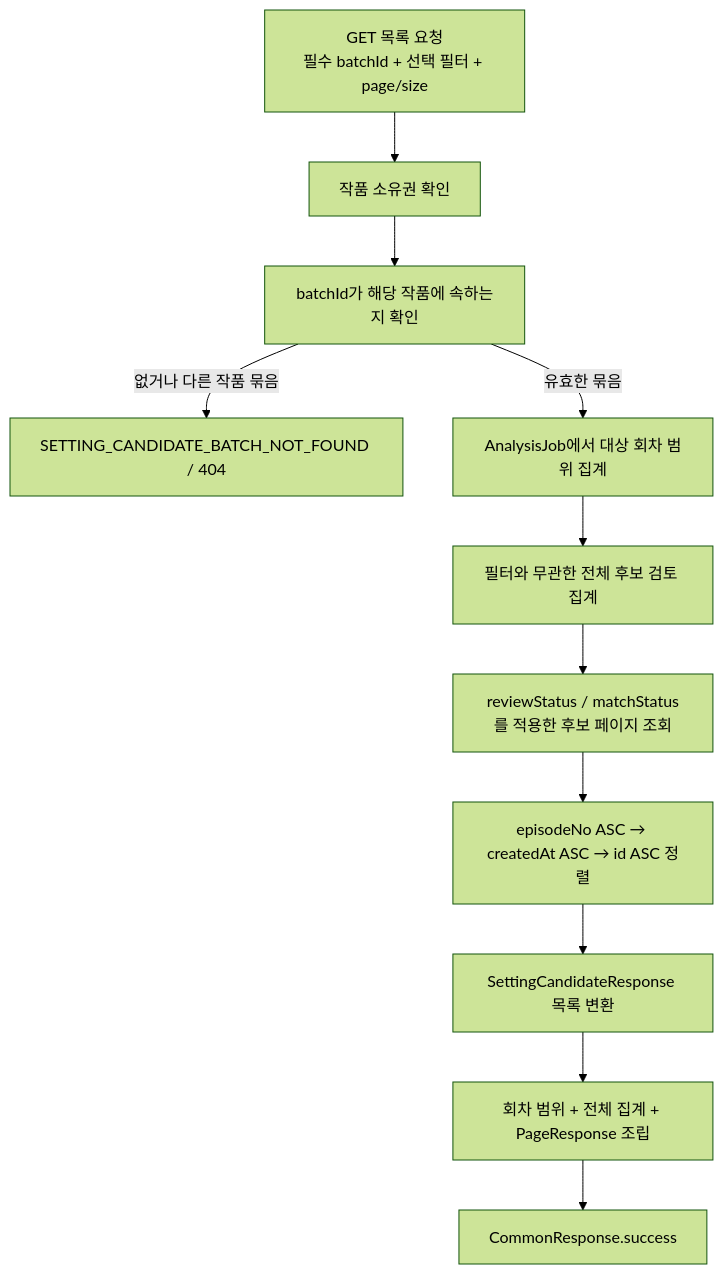
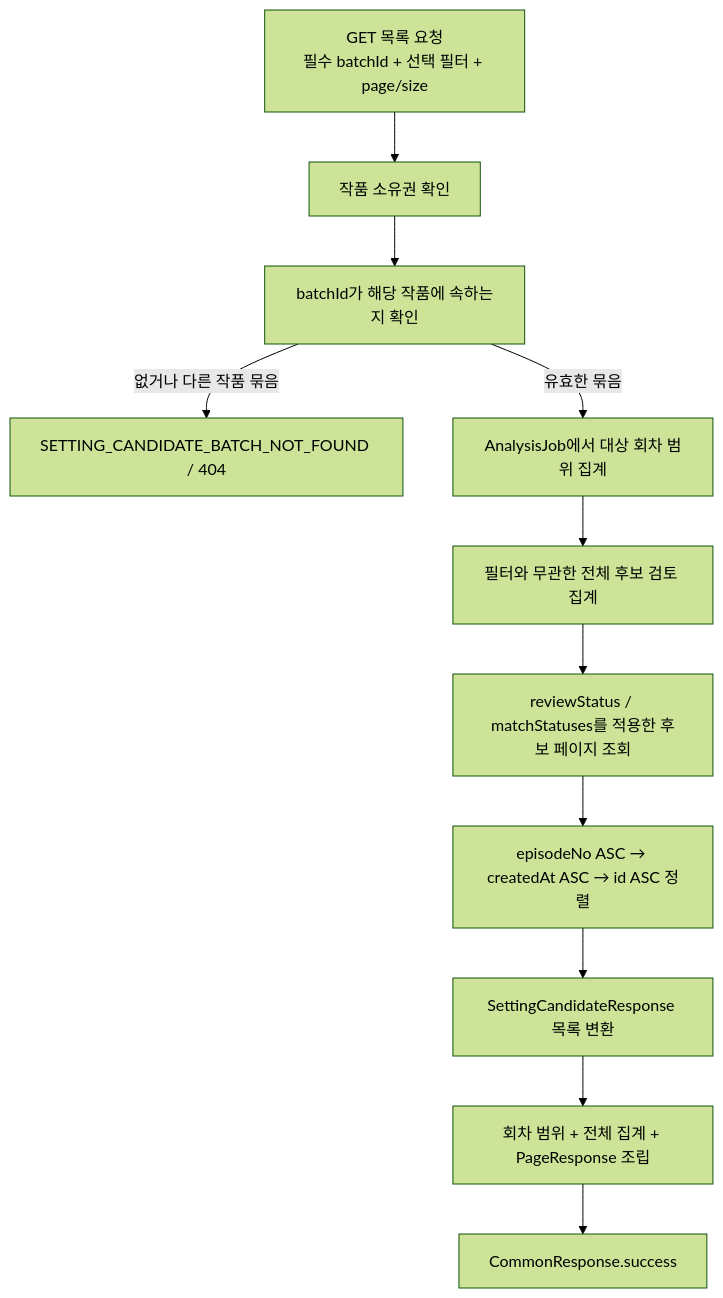
The fifth of 8 diagrams in docs/character.md (catchhole-soma/catchhole-backend-java), drawn with Mermaid (forest theme) before and after one commit. The commit also changed other lines of this file and 15 other files, not shown here.

````diff
--- a/docs/character.md
+++ b/docs/character.md
@@ -776,13 +778,13 @@
 ```mermaid
 flowchart TD
     A["GET 목록 요청<br/>필수 batchId + 선택 필터 + page/size"] --> B["작품 소유권 확인"]
     B --> C["batchId가 해당 작품에 속하는지 확인"]
     C -->|없거나 다른 작품 묶음| X["SETTING_CANDIDATE_BATCH_NOT_FOUND / 404"]
     C -->|유효한 묶음| D["AnalysisJob에서 대상 회차 범위 집계"]
     D --> E["필터와 무관한 전체 후보 검토 집계"]
-    E --> F["reviewStatus / matchStatus를 적용한 후보 페이지 조회"]
+    E --> F["reviewStatus / matchStatuses를 적용한 후보 페이지 조회"]
     F --> G["episodeNo ASC → createdAt ASC → id ASC 정렬"]
     G --> H["SettingCandidateResponse 목록 변환"]
     H --> I["회차 범위 + 전체 집계 + PageResponse 조립"]
     I --> J["CommonResponse.success"]
 ```
````
